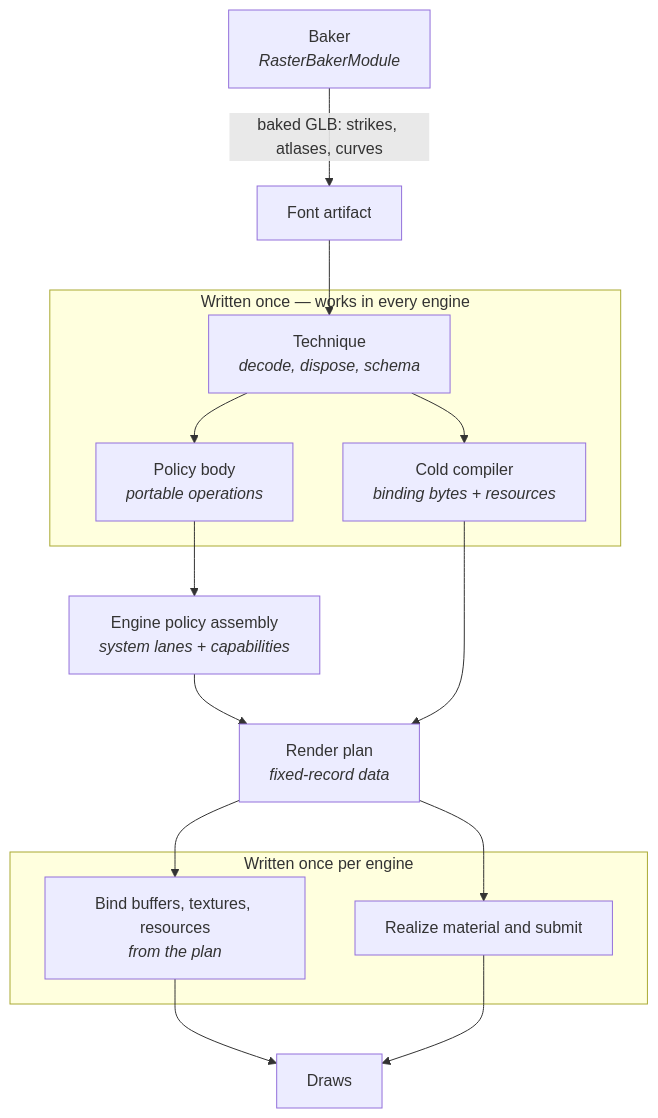
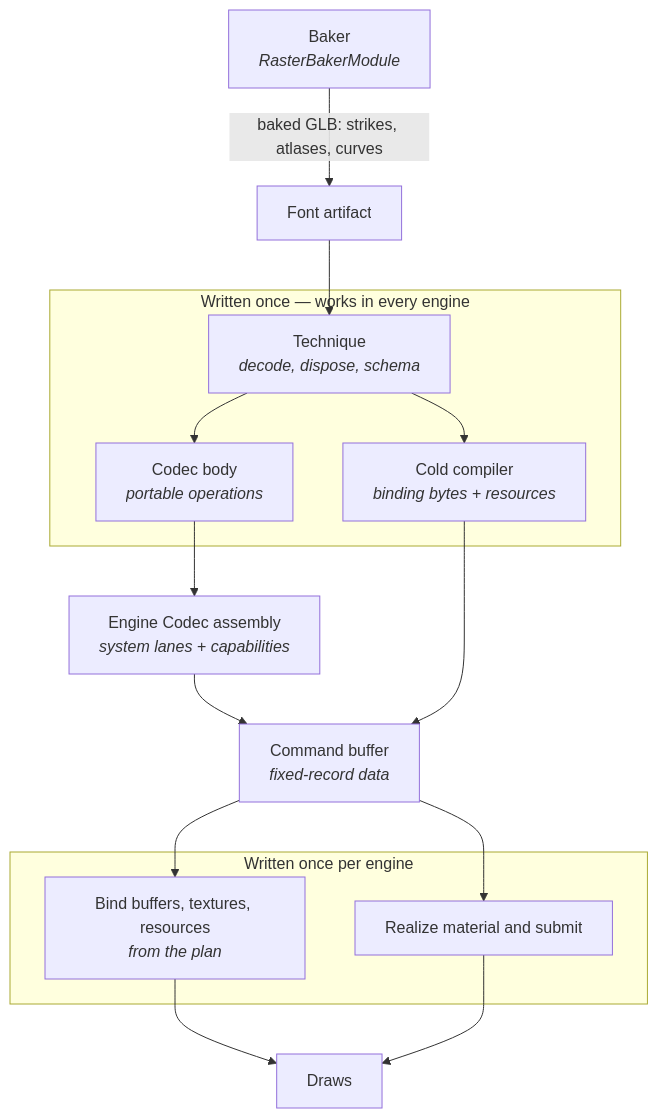
The second of 2 diagrams in README.md (pmndrs/glyph), drawn with Mermaid before and after one commit. The commit also changed other lines of this file and 97 other files, not shown here.

Commit message:
refactor(glyph): rename render policy to codec

````diff
--- a/README.md
+++ b/README.md
@@ -343,19 +344,19 @@
 ```mermaid
 flowchart TD
   baker["Baker<br/><i>RasterBakerModule</i>"] -->|"baked GLB: strikes, atlases, curves"| artifact["Font artifact"]
   artifact --> technique
   subgraph portable["Written once — works in every engine"]
     technique["Technique<br/><i>decode, dispose, schema</i>"]
-    policy["Policy body<br/><i>portable operations</i>"]
+    codec["Codec body<br/><i>portable operations</i>"]
     binding["Cold compiler<br/><i>binding bytes + resources</i>"]
   end
-  technique --> policy --> assemble["Engine policy assembly<br/><i>system lanes + capabilities</i>"]
-  assemble --> plan["Render plan<br/><i>fixed-record data</i>"]
-  technique --> binding --> plan
+  technique --> codec --> assemble["Engine Codec assembly<br/><i>system lanes + capabilities</i>"]
+  assemble --> commands["Command buffer<br/><i>fixed-record data</i>"]
+  technique --> binding --> commands
   subgraph engine["Written once per engine"]
     gpu["Bind buffers, textures, resources<br/><i>from the plan</i>"]
     material["Realize material and submit"]
   end
-  plan --> gpu --> draw["Draws"]
-  plan --> material --> draw
+  commands --> gpu --> draw["Draws"]
+  commands --> material --> draw
 ```
````
